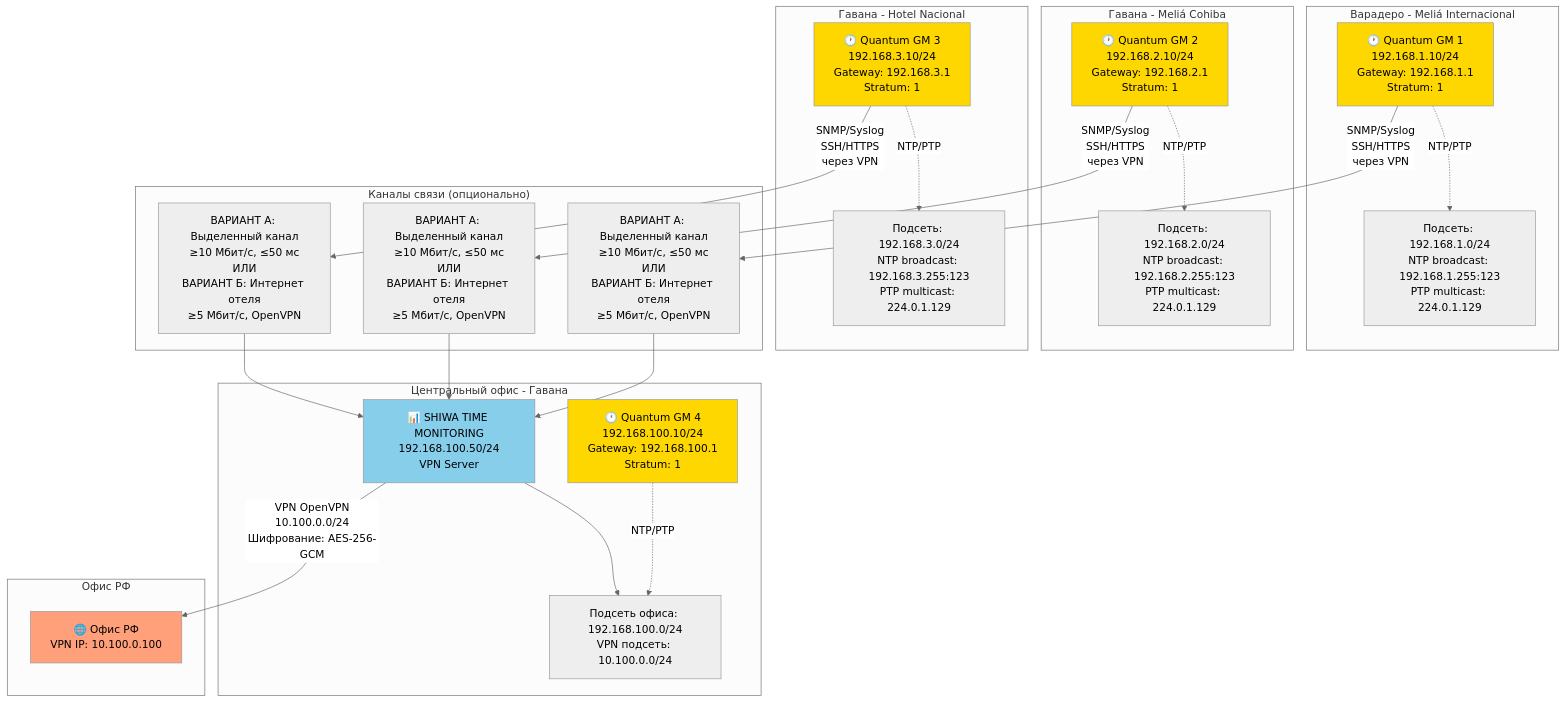
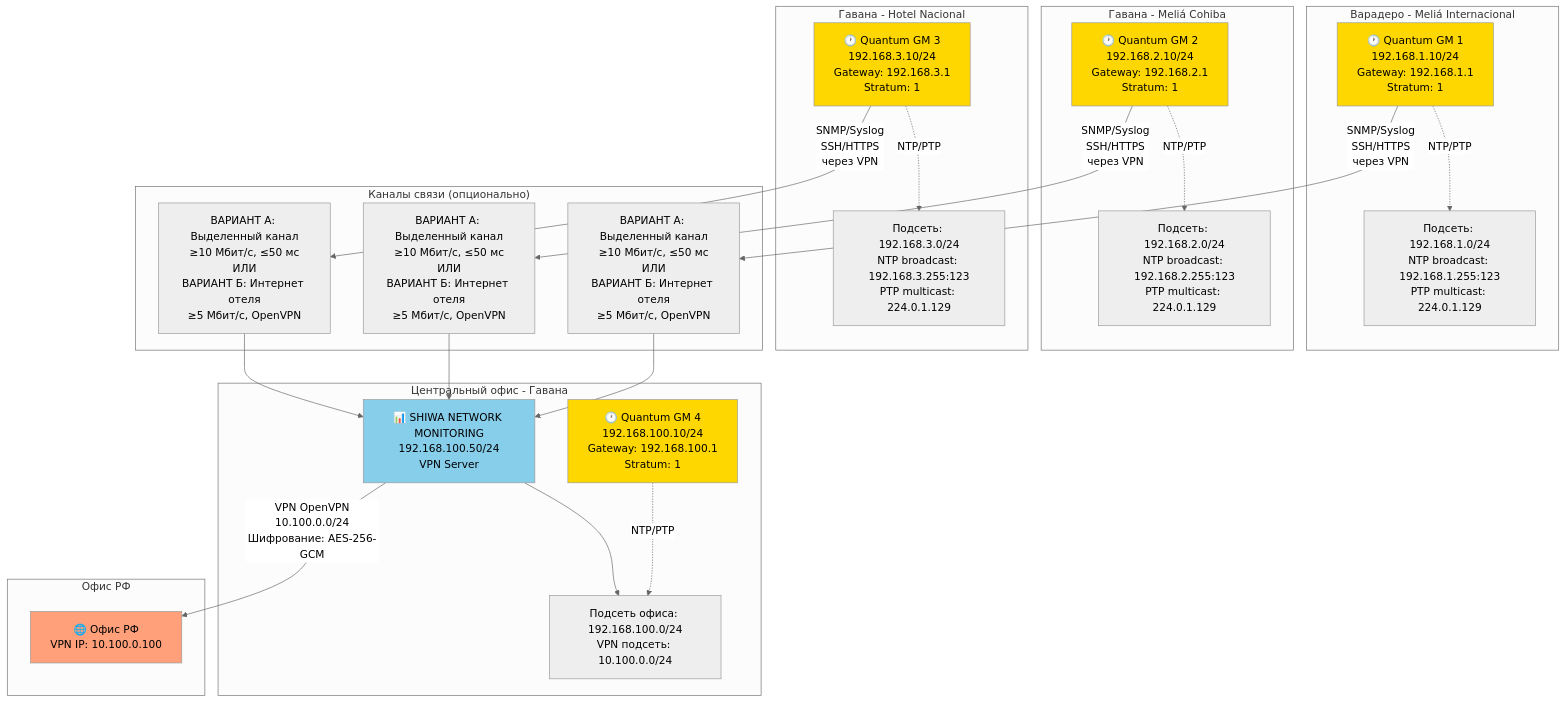
One commit to SiwaNetwork/BIZNES_HOTEL changed the second of 6 diagrams in network_diagrams.md. Above: the diagram before and after it, drawn with Mermaid (neutral theme). The commit also changed other lines of this file and 4 other files, not shown here.

First line of the commit message:
Переименована система мониторинга в SHIWA NETWORK MONITORING

````diff
--- a/network_diagrams.md
+++ b/network_diagrams.md
@@ -200,54 +200,54 @@
 ```mermaid
 graph TB
     subgraph "Варадеро - Meliá Internacional"
         GM1["🕐 Quantum GM 1<br/>192.168.1.10/24<br/>Gateway: 192.168.1.1<br/>Stratum: 1"]
         VLAN1["Подсеть: 192.168.1.0/24<br/>NTP broadcast: 192.168.1.255:123<br/>PTP multicast: 224.0.1.129"]
         GM1 -.->|NTP/PTP| VLAN1
     end
     
     subgraph "Гавана - Meliá Cohiba"
         GM2["🕐 Quantum GM 2<br/>192.168.2.10/24<br/>Gateway: 192.168.2.1<br/>Stratum: 1"]
         VLAN2["Подсеть: 192.168.2.0/24<br/>NTP broadcast: 192.168.2.255:123<br/>PTP multicast: 224.0.1.129"]
         GM2 -.->|NTP/PTP| VLAN2
     end
     
     subgraph "Гавана - Hotel Nacional"
         GM3["🕐 Quantum GM 3<br/>192.168.3.10/24<br/>Gateway: 192.168.3.1<br/>Stratum: 1"]
         VLAN3["Подсеть: 192.168.3.0/24<br/>NTP broadcast: 192.168.3.255:123<br/>PTP multicast: 224.0.1.129"]
         GM3 -.->|NTP/PTP| VLAN3
     end
     
     subgraph "Центральный офис - Гавана"
         GM4["🕐 Quantum GM 4<br/>192.168.100.10/24<br/>Gateway: 192.168.100.1<br/>Stratum: 1"]
-        MON["📊 SHIWA TIME MONITORING<br/>192.168.100.50/24<br/>VPN Server"]
+        MON["📊 SHIWA NETWORK MONITORING<br/>192.168.100.50/24<br/>VPN Server"]
         OFFICE_NET["Подсеть офиса: 192.168.100.0/24<br/>VPN подсеть: 10.100.0.0/24"]
         GM4 -.->|NTP/PTP| OFFICE_NET
         MON --> OFFICE_NET
     end
     
     subgraph "Каналы связи (опционально)"
         WAN1["ВАРИАНТ А: Выделенный канал<br/>≥10 Мбит/с, ≤50 мс<br/>ИЛИ<br/>ВАРИАНТ Б: Интернет отеля<br/>≥5 Мбит/с, OpenVPN"]
         WAN2["ВАРИАНТ А: Выделенный канал<br/>≥10 Мбит/с, ≤50 мс<br/>ИЛИ<br/>ВАРИАНТ Б: Интернет отеля<br/>≥5 Мбит/с, OpenVPN"]
         WAN3["ВАРИАНТ А: Выделенный канал<br/>≥10 Мбит/с, ≤50 мс<br/>ИЛИ<br/>ВАРИАНТ Б: Интернет отеля<br/>≥5 Мбит/с, OpenVPN"]
     end
     
     GM1 -->|SNMP/Syslog<br/>SSH/HTTPS<br/>через VPN| WAN1
     GM2 -->|SNMP/Syslog<br/>SSH/HTTPS<br/>через VPN| WAN2
     GM3 -->|SNMP/Syslog<br/>SSH/HTTPS<br/>через VPN| WAN3
     WAN1 --> MON
     WAN2 --> MON
     WAN3 --> MON
     
     subgraph "Офис РФ"
         RF["🌐 Офис РФ<br/>VPN IP: 10.100.0.100"]
     end
     
     MON -->|"VPN OpenVPN<br/>10.100.0.0/24<br/>Шифрование: AES-256-GCM"| RF
 
     style GM1 fill:#FFD700
     style GM2 fill:#FFD700
     style GM3 fill:#FFD700
     style GM4 fill:#FFD700
     style MON fill:#87CEEB
     style RF fill:#FFA07A
 ```
````
